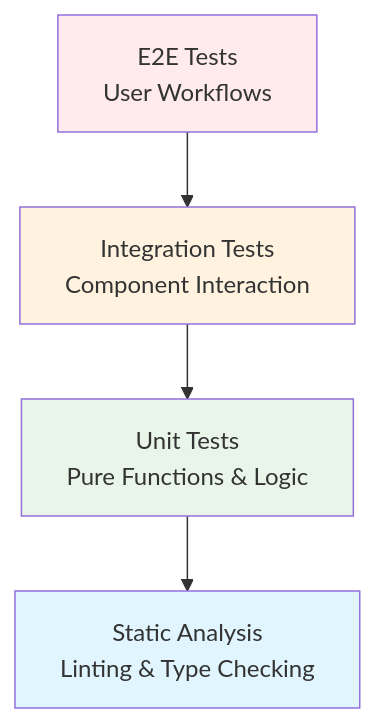
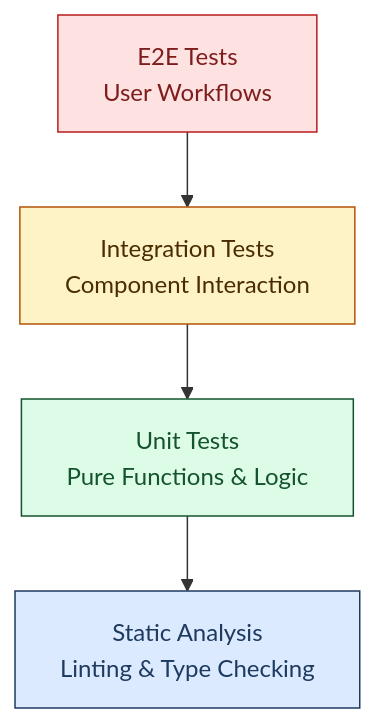
One commit to lightspeedwp/.github changed the first of 2 diagrams in instructions/quality-assurance.instructions.md. Above: the diagram before and after it, drawn with Mermaid. The commit also changed other lines of this file and 181 other files, not shown here.

Commit message:
docs: maintenance updates (Mermaid + staleness)

````diff
--- a/instructions/quality-assurance.instructions.md
+++ b/instructions/quality-assurance.instructions.md
@@ -67,18 +67,18 @@
 ```mermaid
 graph TD
   accTitle: Testing Pyramid
   accDescr: Top-down graph showing the testing pyramid from E2E tests down to static analysis
     A[E2E Tests<br/>User Workflows] --> B[Integration Tests<br/>Component Interaction]
     B --> C[Unit Tests<br/>Pure Functions & Logic]
     C --> D[Static Analysis<br/>Linting & Type Checking]
 
-    classDef e2e fill:#ffebee
-    classDef integration fill:#fff3e0
-    classDef unit fill:#e8f5e8
-    classDef static fill:#e1f5fe
+    classDef e2e fill:#fee2e2,color:#7f1d1d,stroke:#b91c1c
+    classDef integration fill:#fef3c7,color:#4a2c00,stroke:#b45309
+    classDef unit fill:#dcfce7,color:#14532d,stroke:#14532d
+    classDef static fill:#dbeafe,color:#1e3a5f,stroke:#1e3a5f
 
     class A e2e
     class B integration
     class C unit
     class D static
 ```
````
